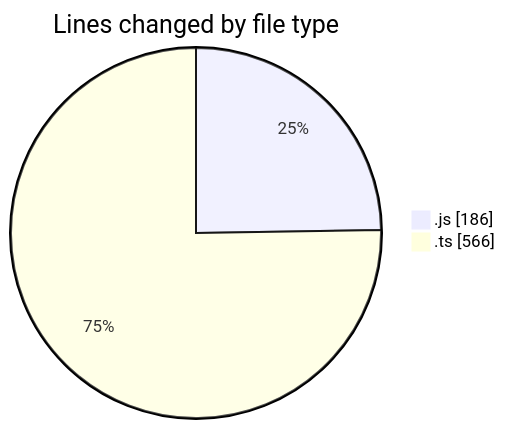
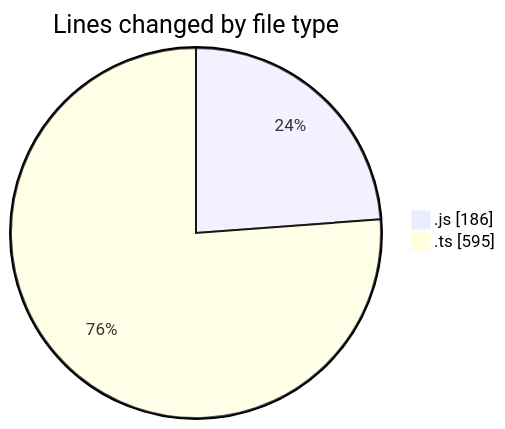
The first of 2 diagrams in 2025-05-29/cda/README.md (momahboobian/code-tracking), drawn with Mermaid before and after one commit. The commit also changed other lines of this file and 1 other file, not shown here.

````diff
--- a/2025-05-29/cda/README.md
+++ b/2025-05-29/cda/README.md
@@ -21,6 +21,6 @@
 ```mermaid
 pie showData
 title Lines changed by file type
 ".js" : 186
-".ts" : 566
+".ts" : 595
 ```
````
